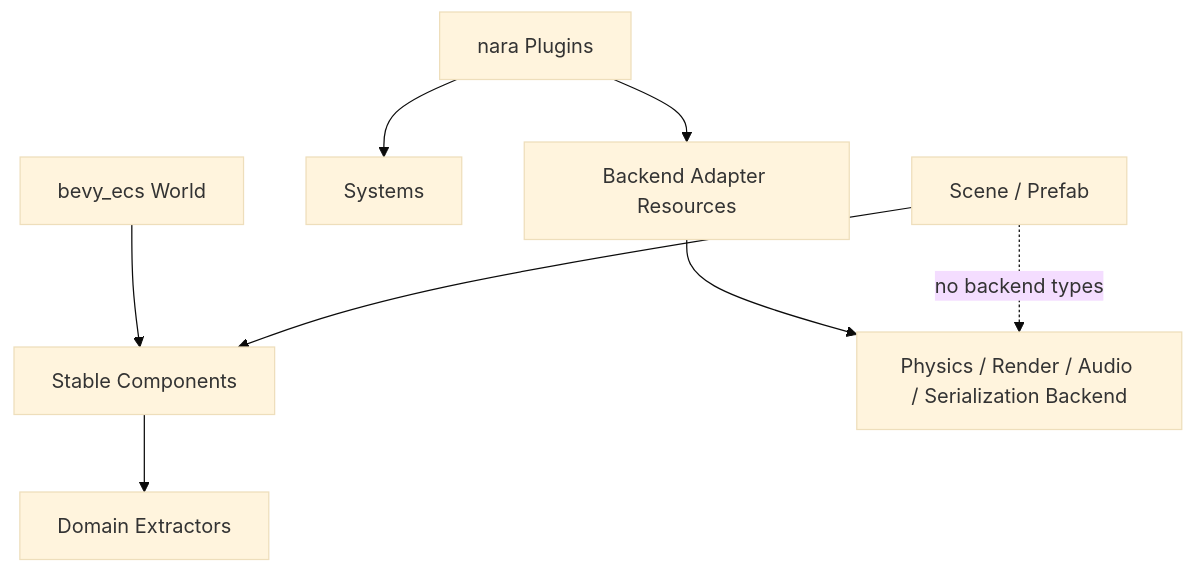
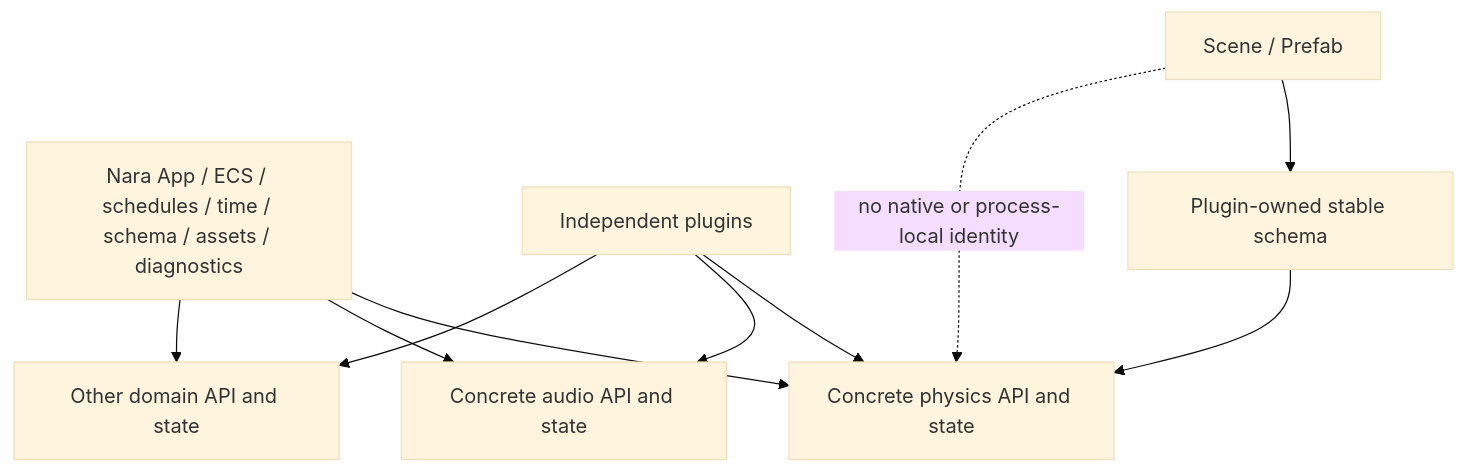
The diagram in docs/architecture/adr/0016-extension-seams-for-backends-and-domain-modules.md (Latias94/nara), drawn with Mermaid (base theme) before and after one commit. The commit also changed other lines of this file and 63 other files, not shown here.

First line of the commit message:
docs(architecture): refine product module boundaries

````diff
--- a/docs/architecture/adr/0016-extension-seams-for-backends-and-domain-modules.md
+++ b/docs/architecture/adr/0016-extension-seams-for-backends-and-domain-modules.md
@@ -33,10 +48,13 @@
 ```mermaid
 flowchart TD
-    World[bevy_ecs World] --> Components[Stable Components]
-    Plugins[nara Plugins] --> Systems[Systems]
-    Plugins --> Adapters[Backend Adapter Resources]
-    Components --> Extractors[Domain Extractors]
-    Adapters --> Backend[Physics / Render / Audio / Serialization Backend]
-    Scene[Scene / Prefab] --> Components
-    Scene -. no backend types .-> Backend
+    Substrate[Nara App / ECS / schedules / time / schema / assets / diagnostics]
+    Plugins[Independent plugins] --> Physics[Concrete physics API and state]
+    Plugins --> Audio[Concrete audio API and state]
+    Plugins --> Other[Other domain API and state]
+    Substrate --> Physics
+    Substrate --> Audio
+    Substrate --> Other
+    Scene[Scene / Prefab] --> Schema[Plugin-owned stable schema]
+    Schema --> Physics
+    Scene -. no native or process-local identity .-> Physics
 ```
````
